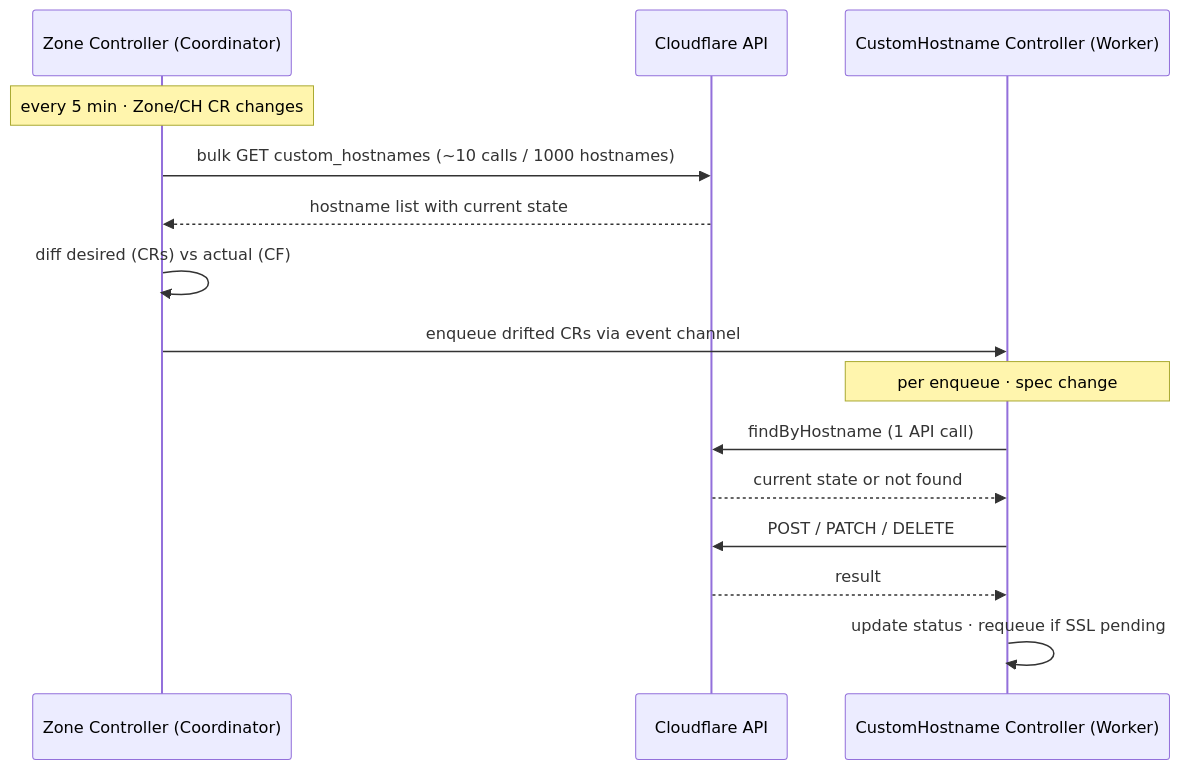
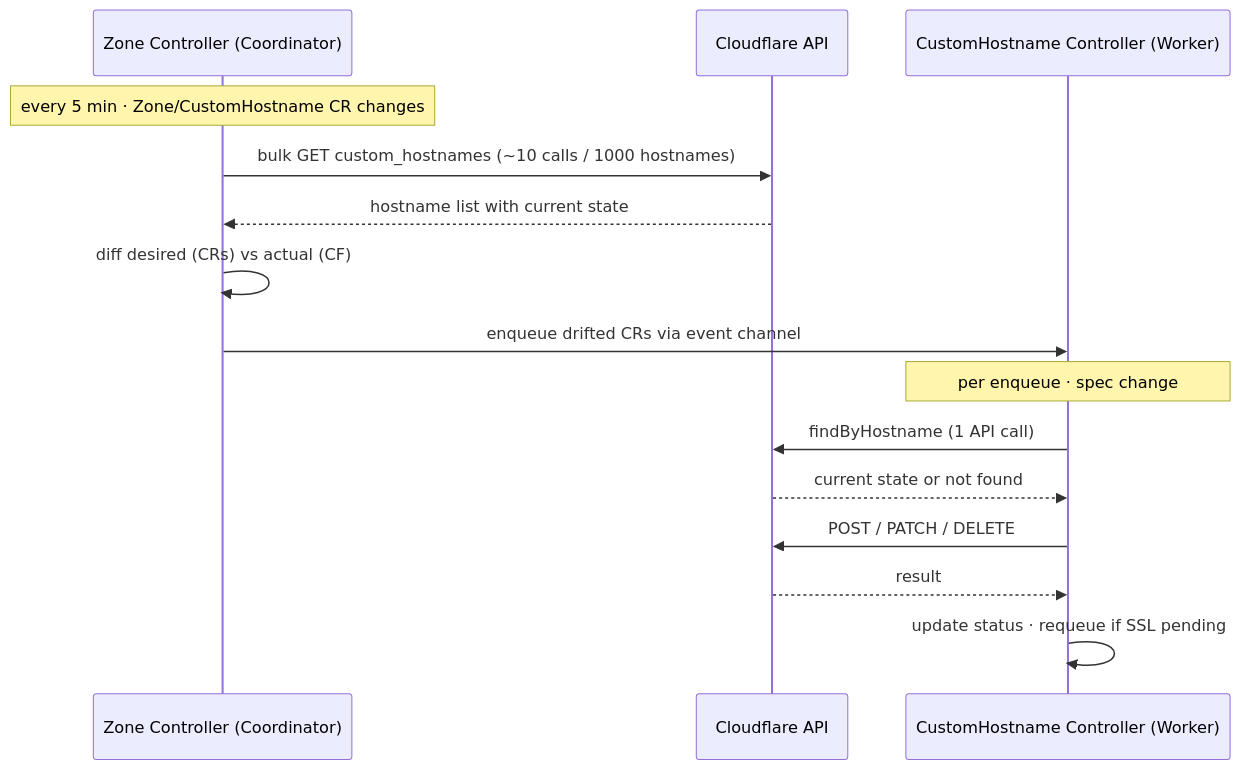
One commit to mrozentsvayg/cf-edge-operator changed the diagram in docs/architecture.md. Above: the diagram before and after it, drawn with Mermaid. The commit also changed other lines of this file, not shown here.

Commit message:
docs: spell out CustomHostname in diagram, note extensibility and zone scope rationale

````diff
--- a/docs/architecture.md
+++ b/docs/architecture.md
@@ -19,19 +19,19 @@
 ```mermaid
 sequenceDiagram
     participant ZC as Zone Controller (Coordinator)
     participant CF as Cloudflare API
     participant CHC as CustomHostname Controller (Worker)
 
-    Note over ZC: every 5 min · Zone/CH CR changes
+    Note over ZC: every 5 min · Zone/CustomHostname CR changes
     ZC->>CF: bulk GET custom_hostnames (~10 calls / 1000 hostnames)
     CF-->>ZC: hostname list with current state
     ZC->>ZC: diff desired (CRs) vs actual (CF)
     ZC->>CHC: enqueue drifted CRs via event channel
 
     Note over CHC: per enqueue · spec change
     CHC->>CF: findByHostname (1 API call)
     CF-->>CHC: current state or not found
     CHC->>CF: POST / PATCH / DELETE
     CF-->>CHC: result
     CHC->>CHC: update status · requeue if SSL pending
 ```
````
